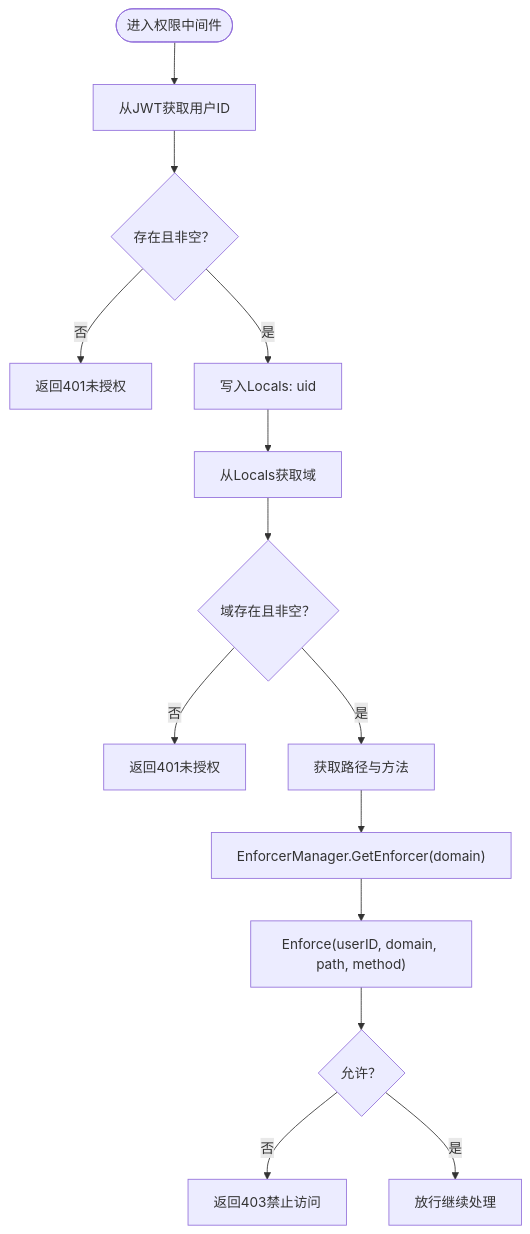
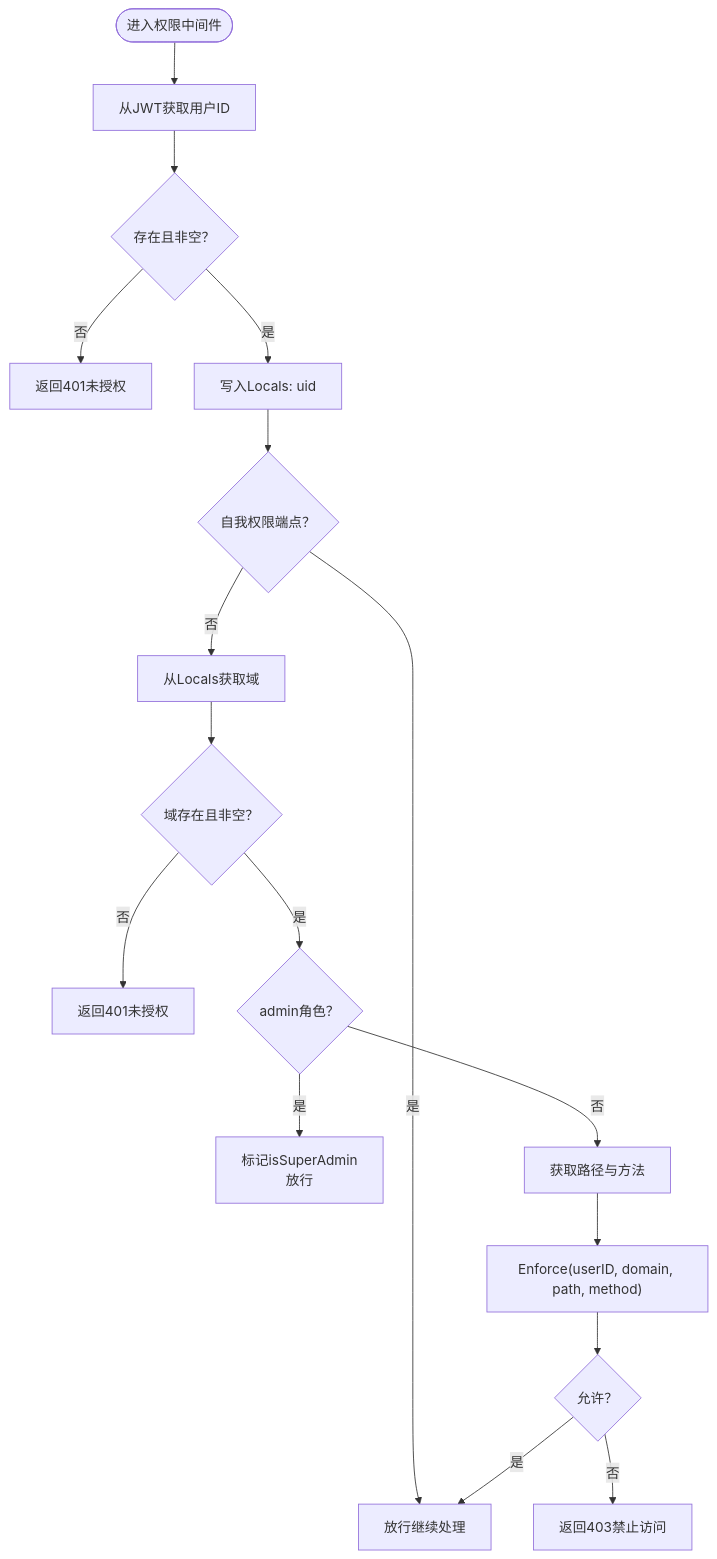
One commit to wuwuseo/e-sports-go-admin changed the third of 6 diagrams in .qoder/repowiki/zh/content/核心模块/权限控制模块.md. Above: the diagram before and after it, drawn with Mermaid. The commit also changed other lines of this file and 42 other files, not shown here.

````diff
--- a/.qoder/repowiki/zh/content/核心模块/权限控制模块.md
+++ b/.qoder/repowiki/zh/content/核心模块/权限控制模块.md
@@ -149,16 +171,19 @@
 ```mermaid
 flowchart TD
 Start(["进入权限中间件"]) --> GetClaims["从JWT获取用户ID"]
 GetClaims --> HasUID{"存在且非空？"}
 HasUID --> |否| Unauthorized["返回401未授权"]
 HasUID --> |是| SetLocals["写入Locals: uid"]
-SetLocals --> GetDomain["从Locals获取域"]
+SetLocals --> IsSelfEP{"自我权限端点？"}
+IsSelfEP --> |是| Next["放行继续处理"]
+IsSelfEP --> |否| GetDomain["从Locals获取域"]
 GetDomain --> HasDomain{"域存在且非空？"}
 HasDomain --> |否| DomainErr["返回401未授权"]
-HasDomain --> |是| GetReqInfo["获取路径与方法"]
-GetReqInfo --> GetEnforcer["EnforcerManager.GetEnforcer(domain)"]
-GetEnforcer --> EnforceCall["Enforce(userID, domain, path, method)"]
+HasDomain --> |是| CheckAdmin{"admin角色？"}
+CheckAdmin --> |是| MarkAdmin["标记isSuperAdmin<br/>放行"]
+CheckAdmin --> |否| GetReqInfo["获取路径与方法"]
+GetReqInfo --> EnforceCall["Enforce(userID, domain, path, method)"]
 EnforceCall --> Decision{"允许？"}
 Decision --> |否| Forbidden["返回403禁止访问"]
-Decision --> |是| Next["放行继续处理"]
+Decision --> |是| Next
 ```
````
